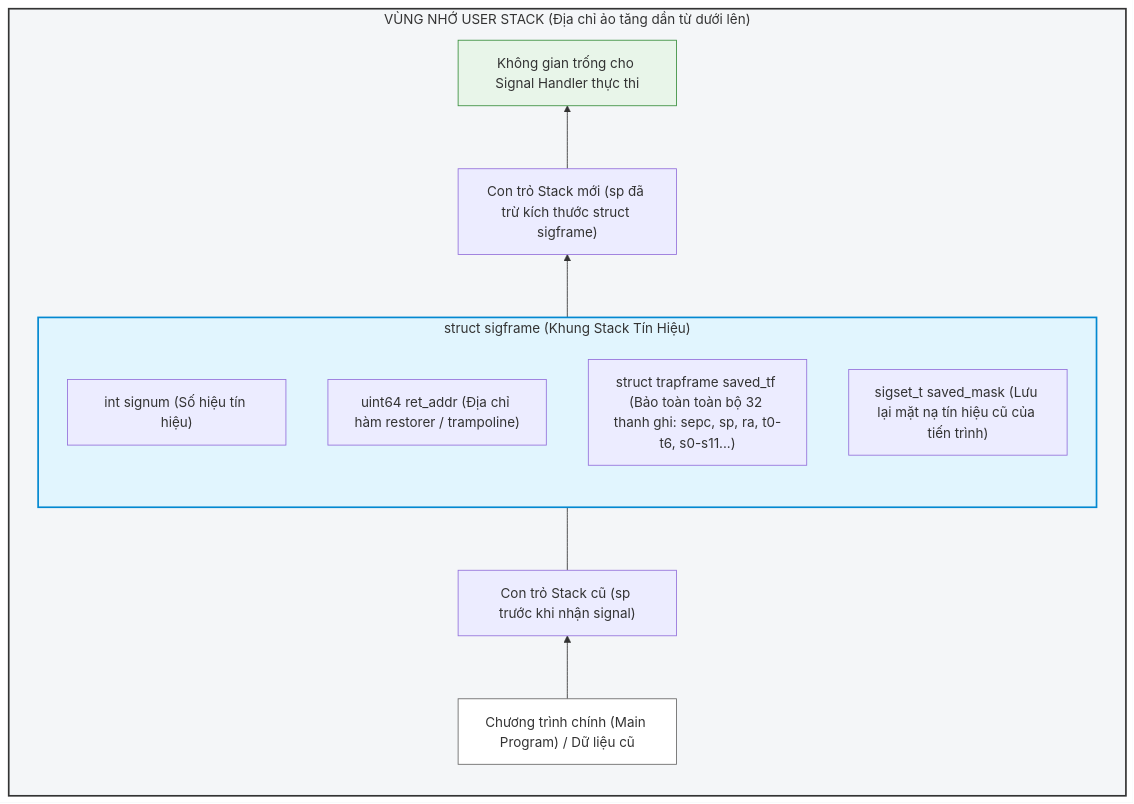
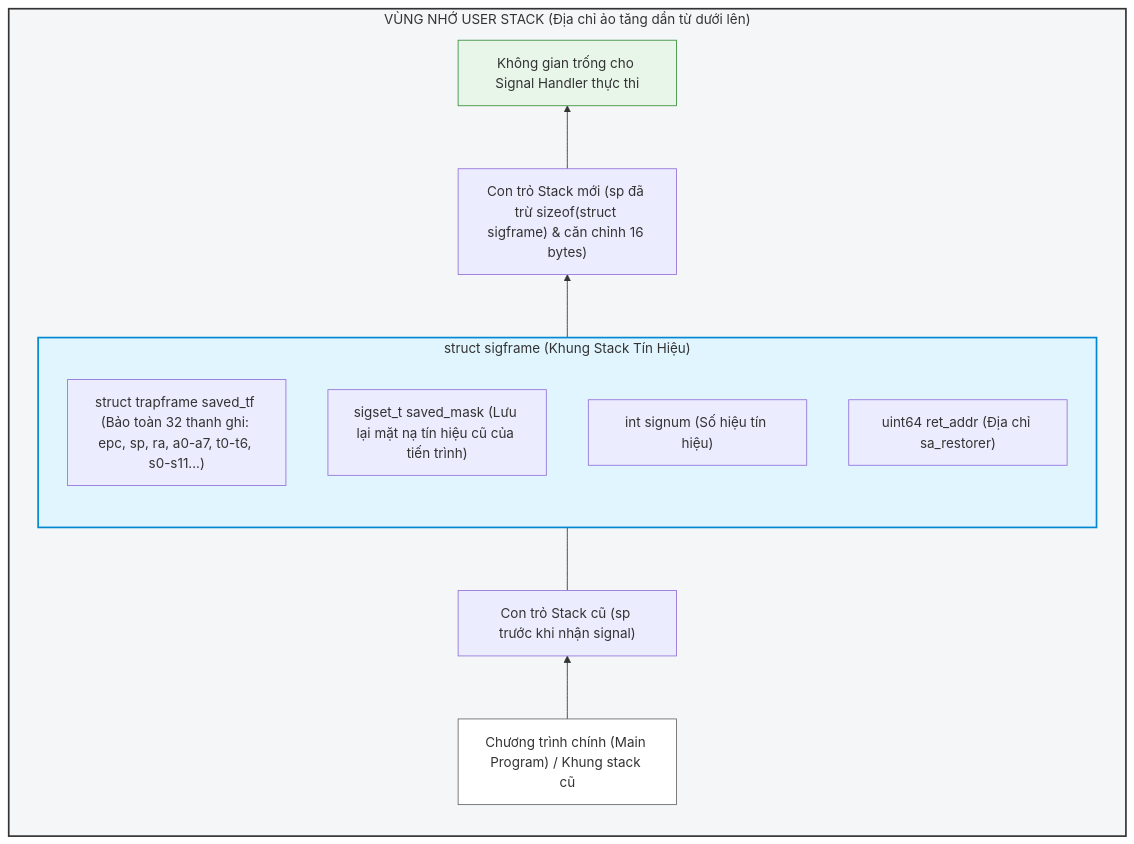
One commit to Quyenlsme/Project-26106---POSIX-style-signals changed the diagram in docs/signal-handler.md. Above: the diagram before and after it, drawn with Mermaid. The commit also changed other lines of this file, not shown here.

Commit message:
docs:Đồng bộ đặc tả signal-hander

````diff
--- a/docs/signal-handler.md
+++ b/docs/signal-handler.md
@@ -65,26 +91,25 @@
 ```mermaid
 graph TD
     subgraph UserStack ["VÙNG NHỚ USER STACK (Địa chỉ ảo tăng dần từ dưới lên)"]
         direction BT
         
-        MainProg["Chương trình chính (Main Program) / Dữ liệu cũ"] --> OldSP["Con trỏ Stack cũ (sp trước khi nhận signal)"]
+        MainProg["Chương trình chính (Main Program) / Khung stack cũ"] --> OldSP["Con trỏ Stack cũ (sp trước khi nhận signal)"]
         
         subgraph SigFrame ["struct sigframe (Khung Stack Tín Hiệu)"]
             direction TB
-            SF1["int signum (Số hiệu tín hiệu)"]
-            SF2["uint64 ret_addr (Địa chỉ hàm restorer / trampoline)"]
-            SF3["struct trapframe saved_tf (Bảo toàn toàn bộ 32 thanh ghi: sepc, sp, ra, t0-t6, s0-s11...)"]
-            SF4["sigset_t saved_mask (Lưu lại mặt nạ tín hiệu cũ của tiến trình)"]
+            SF1["struct trapframe saved_tf (Bảo toàn 32 thanh ghi: epc, sp, ra, a0-a7, t0-t6, s0-s11...)"]
+            SF2["sigset_t saved_mask (Lưu lại mặt nạ tín hiệu cũ của tiến trình)"]
+            SF3["int signum (Số hiệu tín hiệu)"]
+            SF4["uint64 ret_addr (Địa chỉ sa_restorer)"]
         end
         
         OldSP --- SigFrame
-        SigFrame --> NewSP["Con trỏ Stack mới (sp đã trừ kích thước struct sigframe)"]
+        SigFrame --> NewSP["Con trỏ Stack mới (sp đã trừ sizeof(struct sigframe) & căn chỉnh 16 bytes)"]
         NewSP --> HandlerSpace["Không gian trống cho Signal Handler thực thi"]
     end
 
     style UserStack fill:#f4f6f8,stroke:#333,stroke-width:2px
     style SigFrame fill:#e1f5fe,stroke:#0288d1,stroke-width:2px
     style MainProg fill:#fff,stroke:#666,stroke-width:1px
     style HandlerSpace fill:#e8f5e9,stroke:#388e3c,stroke-width:1px
-
 ```
````
